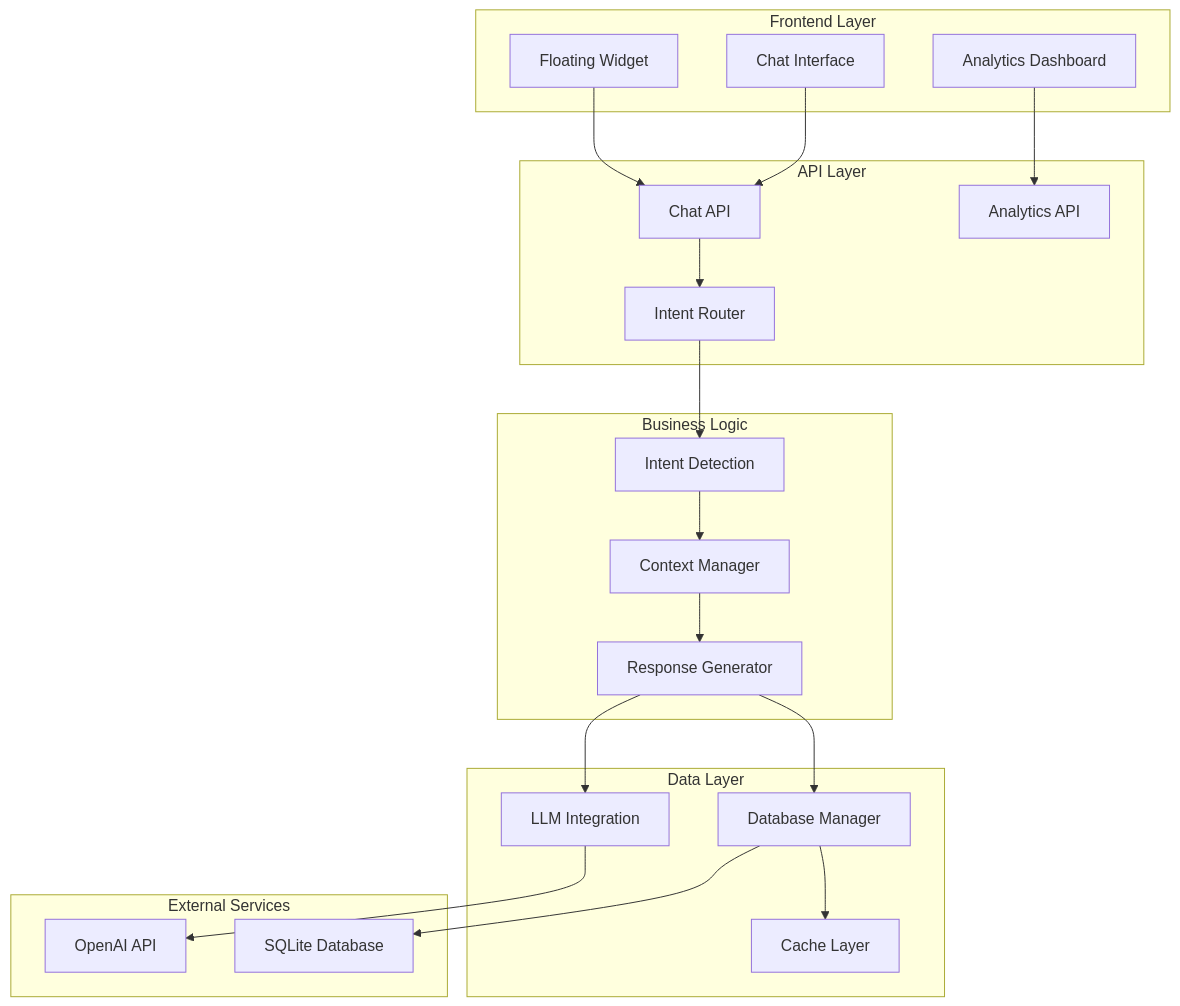
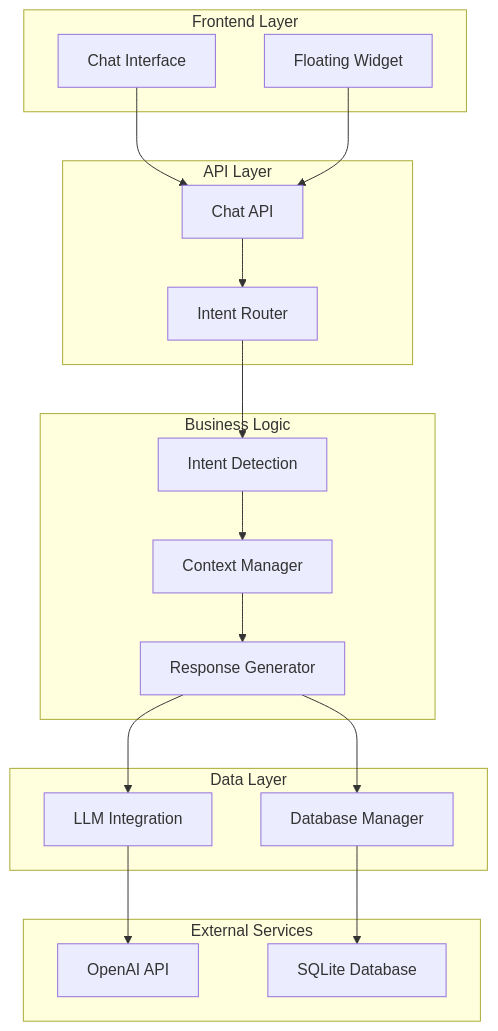
The first of 21 diagrams in submission.md (RensithUdara/Customer-Support-Chatbot), drawn with Mermaid before and after one commit. The commit also changed other lines of this file, not shown here.

Commit message:
chore: Refactor architecture diagrams for improved clarity and consistency

````diff
--- a/submission.md
+++ b/submission.md
@@ -94,44 +94,39 @@
 ```mermaid
 graph TD
     subgraph "Frontend Layer"
         A[Chat Interface]
-        B[Analytics Dashboard]
-        C[Floating Widget]
+        B[Floating Widget]
     end
     
     subgraph "API Layer"
-        D[Chat API]
-        E[Analytics API]
-        F[Intent Router]
+        C[Chat API]
+        D[Intent Router]
     end
     
     subgraph "Business Logic"
-        G[Intent Detection]
-        H[Context Manager]
-        I[Response Generator]
+        E[Intent Detection]
+        F[Context Manager]
+        G[Response Generator]
     end
     
     subgraph "Data Layer"
-        J[Database Manager]
-        K[LLM Integration]
-        L[Cache Layer]
+        H[Database Manager]
+        I[LLM Integration]
     end
     
     subgraph "External Services"
-        M[OpenAI API]
-        N[SQLite Database]
+        J[OpenAI API]
+        K[SQLite Database]
     end
     
-    A --> D
-    B --> E
+    A --> C
+    B --> C
     C --> D
-    D --> F
+    D --> E
+    E --> F
     F --> G
     G --> H
-    H --> I
+    G --> I
     I --> J
-    I --> K
-    K --> M
-    J --> N
-    J --> L
+    H --> K
 ```
````
